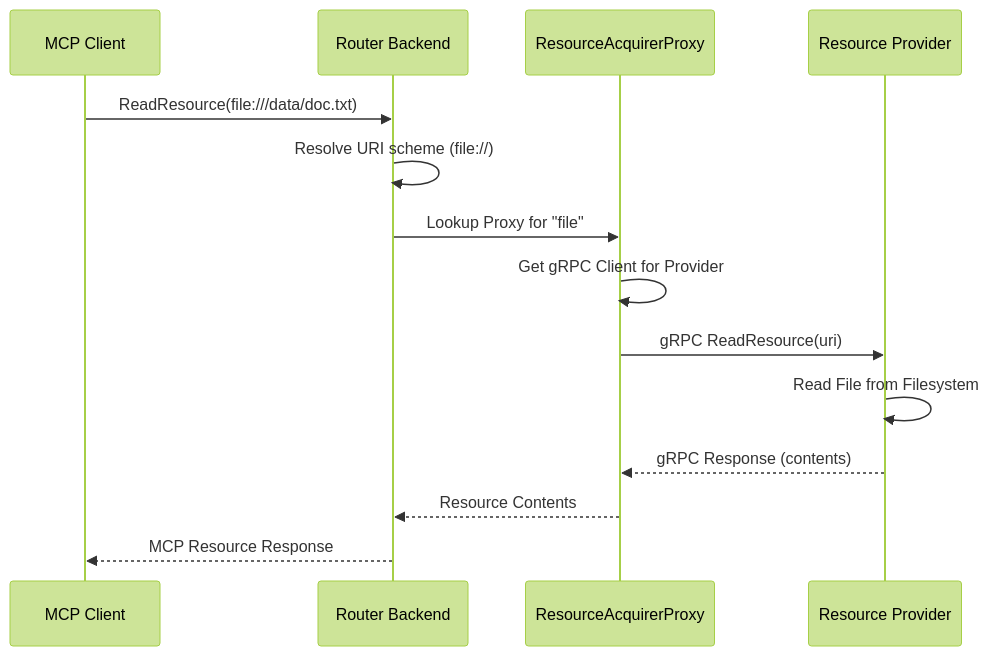
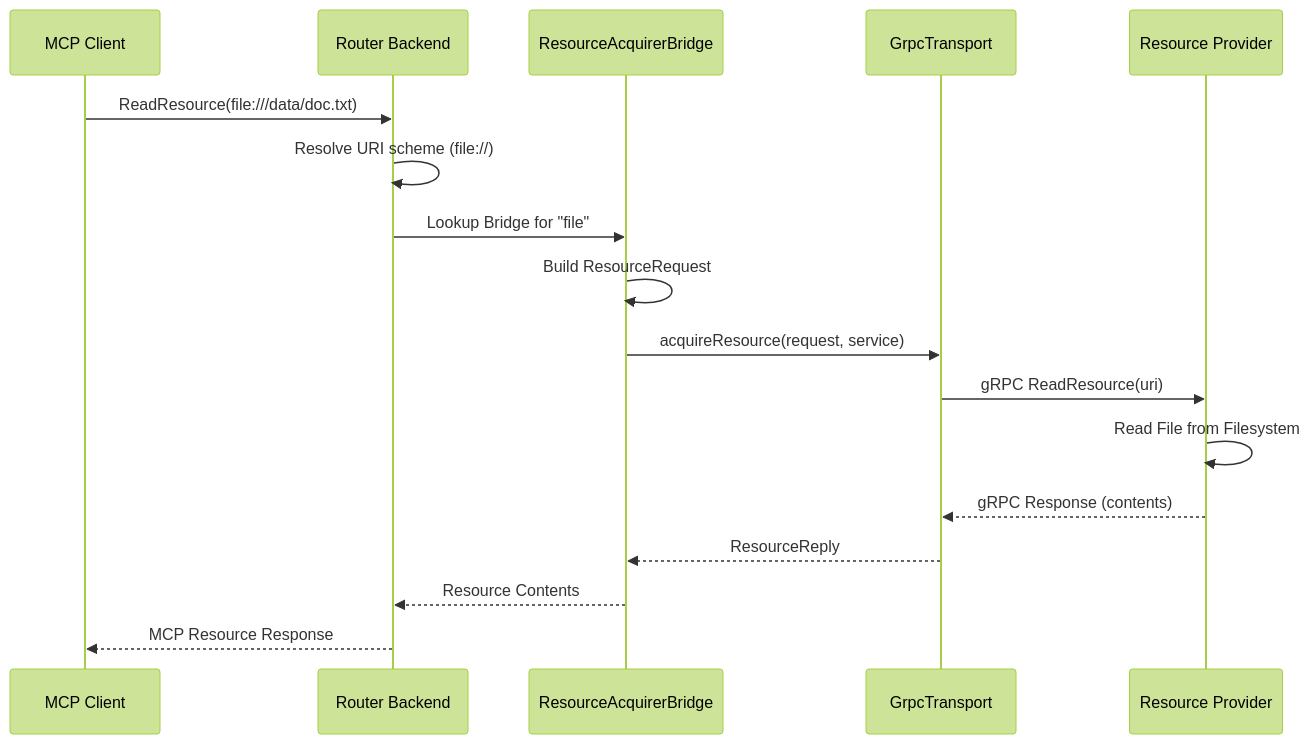
The fifth of 6 diagrams in docs/wanaku-router-internals.md (wanaku-ai/wanaku), drawn with Mermaid (forest theme) before and after one commit. The commit also changed other lines of this file and 25 other files, not shown here.

First line of the commit message:
Refactor the gRPC bridge

````diff
--- a/docs/wanaku-router-internals.md
+++ b/docs/wanaku-router-internals.md
@@ -186,17 +232,20 @@
 ```mermaid
 sequenceDiagram
     participant MCP as MCP Client
     participant Router as Router Backend
-    participant RAP as ResourceAcquirerProxy
+    participant RAB as ResourceAcquirerBridge
+    participant Transport as GrpcTransport
     participant Provider as Resource Provider
 
     MCP->>Router: ReadResource(file:///data/doc.txt)
     Router->>Router: Resolve URI scheme (file://)
-    Router->>RAP: Lookup Proxy for "file"
-    RAP->>RAP: Get gRPC Client for Provider
-    RAP->>Provider: gRPC ReadResource(uri)
+    Router->>RAB: Lookup Bridge for "file"
+    RAB->>RAB: Build ResourceRequest
+    RAB->>Transport: acquireResource(request, service)
+    Transport->>Provider: gRPC ReadResource(uri)
     Provider->>Provider: Read File from Filesystem
-    Provider-->>RAP: gRPC Response (contents)
-    RAP-->>Router: Resource Contents
+    Provider-->>Transport: gRPC Response (contents)
+    Transport-->>RAB: ResourceReply
+    RAB-->>Router: Resource Contents
     Router-->>MCP: MCP Resource Response
 ```
````
